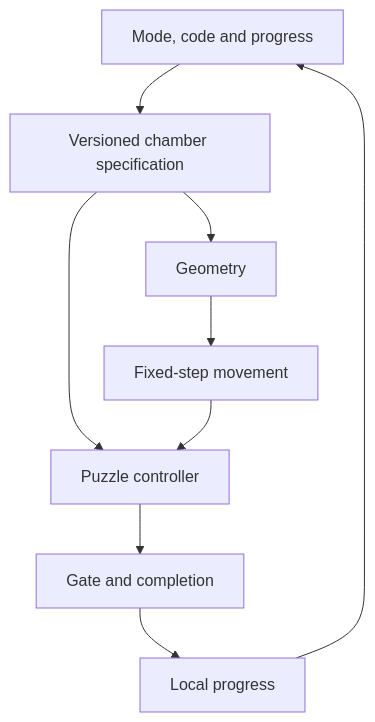
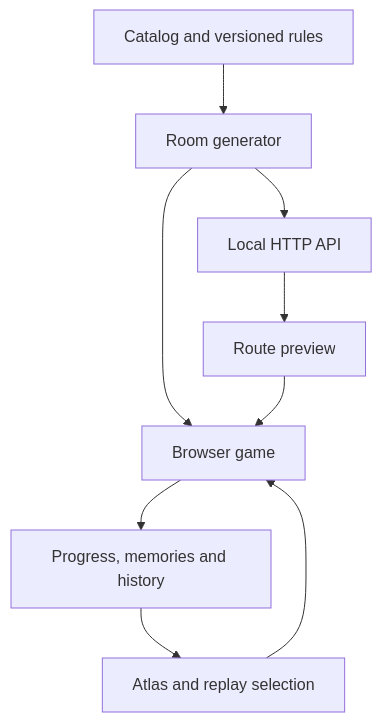
One commit to EmiFerreri/Depth changed the diagram in docs/ARCHITECTURE.md. Above: the diagram before and after it, drawn with Mermaid. The commit also changed other lines of this file and 44 other files, not shown here.

````diff
--- a/docs/ARCHITECTURE.md
+++ b/docs/ARCHITECTURE.md
@@ -26,11 +28,11 @@
 ```mermaid
 flowchart TD
-    A["Mode, code and progress"] --> B["Versioned chamber specification"]
-    B --> C["Geometry"]
-    B --> D["Puzzle controller"]
-    C --> E["Fixed-step movement"]
-    E --> D
-    D --> F["Gate and completion"]
-    F --> G["Local progress"]
-    G --> A
+    A["Catalog and versioned rules"] --> B["Room generator"]
+    B --> C["Browser game"]
+    B --> D["Local HTTP API"]
+    D --> E["Route preview"]
+    E --> C
+    C --> F["Progress, memories and history"]
+    F --> G["Atlas and replay selection"]
+    G --> C
 ```
````
